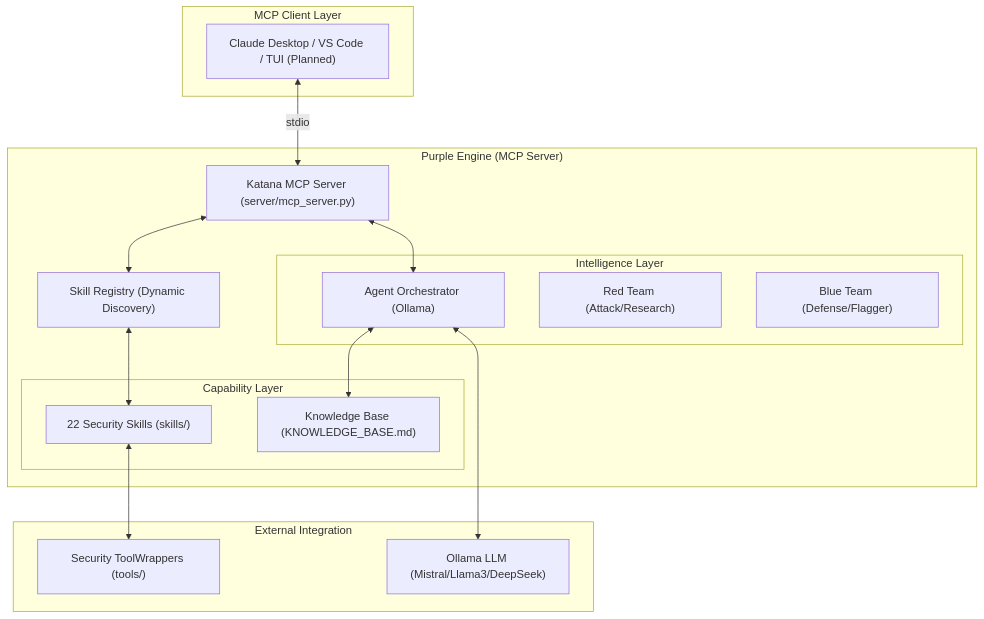
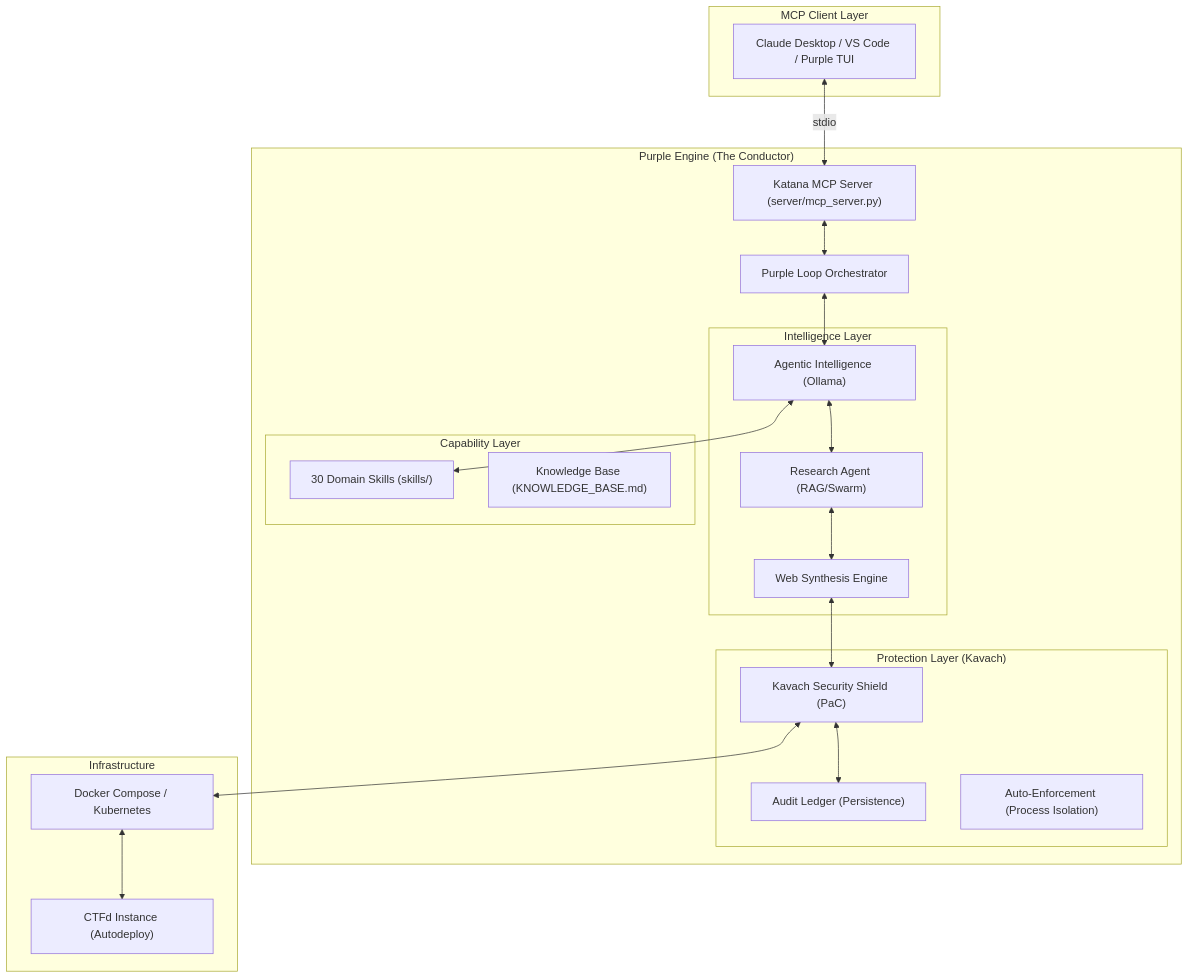
One commit to djmahe4/ctf-katana changed the diagram in docs/ARCHITECTURE.md. Above: the diagram before and after it, drawn with Mermaid. The commit also changed other lines of this file and 85 other files, not shown here.

First line of the commit message:
feat: finalize Phase 4 and rebrand Kavach Shield

````diff
--- a/docs/ARCHITECTURE.md
+++ b/docs/ARCHITECTURE.md
@@ -9,35 +9,44 @@
 ```mermaid
 graph TD
     subgraph "MCP Client Layer"
-        Client["Claude Desktop / VS Code / TUI (Planned)"]
+        Client["Claude Desktop / VS Code / Purple TUI"]
     end
 
-    subgraph "Purple Engine (MCP Server)"
+    subgraph "Purple Engine (The Conductor)"
         Server["Katana MCP Server (server/mcp_server.py)"]
-        Registry["Skill Registry (Dynamic Discovery)"]
+        Orchestrator["Purple Loop Orchestrator"]
         
         subgraph "Intelligence Layer"
-            Agents["Agent Orchestrator (Ollama)"]
-            Red["Red Team (Attack/Research)"]
-            Blue["Blue Team (Defense/Flagger)"]
+            Agents["Agentic Intelligence (Ollama)"]
+            Research["Research Agent (RAG/Swarm)"]
+            Synthesis["Web Synthesis Engine"]
+        end
+        
+        subgraph "Protection Layer (Kavach)"
+            Shield["Kavach Security Shield (PaC)"]
+            Audit["Audit Ledger (Persistence)"]
+            Enforcement["Auto-Enforcement (Process Isolation)"]
         end
         
         subgraph "Capability Layer"
-            Skills["22 Security Skills (skills/)"]
+            Skills["30 Domain Skills (skills/)"]
             KB["Knowledge Base (KNOWLEDGE_BASE.md)"]
         end
     end
 
-    subgraph "External Integration"
-        CLI["Security ToolWrappers (tools/)"]
-        Ollama["Ollama LLM (Mistral/Llama3/DeepSeek)"]
+    subgraph "Infrastructure"
+        Docker["Docker Compose / Kubernetes"]
+        CTFd["CTFd Instance (Autodeploy)"]
     end
 
     Client <-->|stdio| Server
-    Server <--> Registry
-    Server <--> Agents
-    Registry <--> Skills
-    Agents <--> Ollama
-    Skills <--> CLI
-    Agents <--> KB
+    Server <--> Orchestrator
+    Orchestrator <--> Agents
+    Agents <--> Research
+    Research <--> Synthesis
+    Synthesis <--> Shield
+    Shield <--> Docker
+    Docker <--> CTFd
+    Agents <--> Skills
+    Shield <--> Audit
 ```
````
